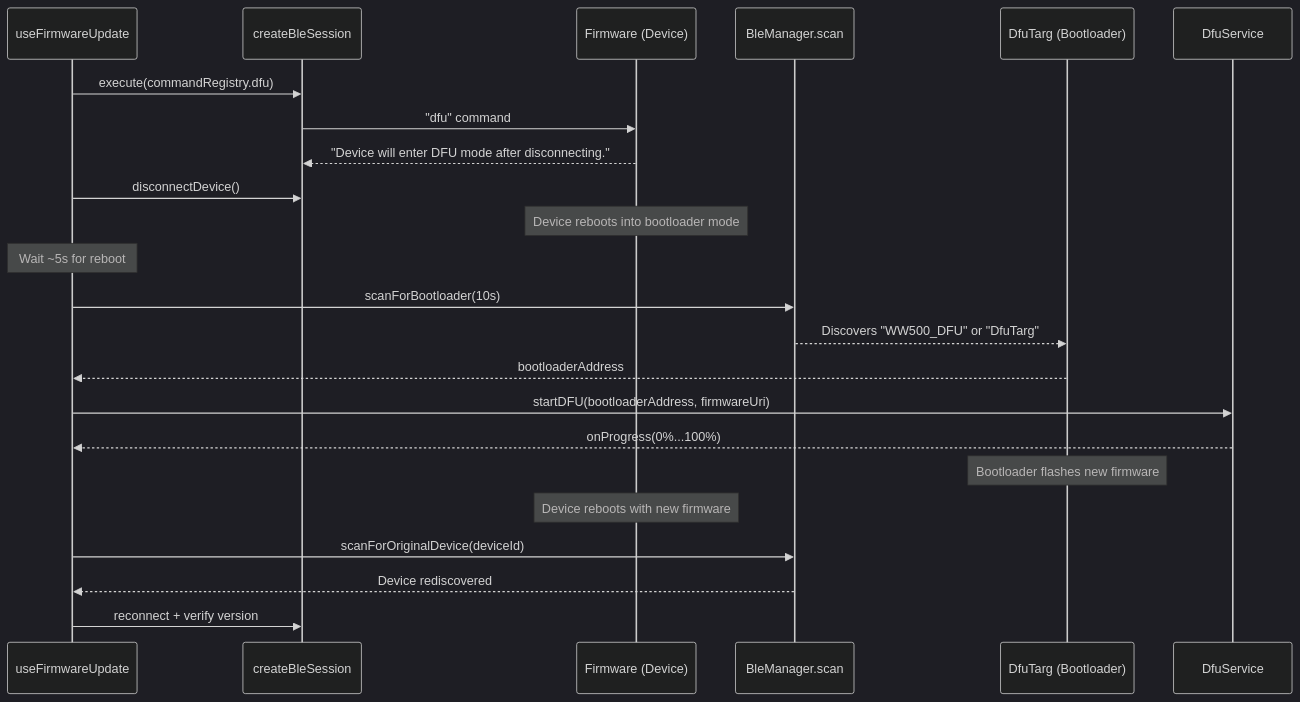
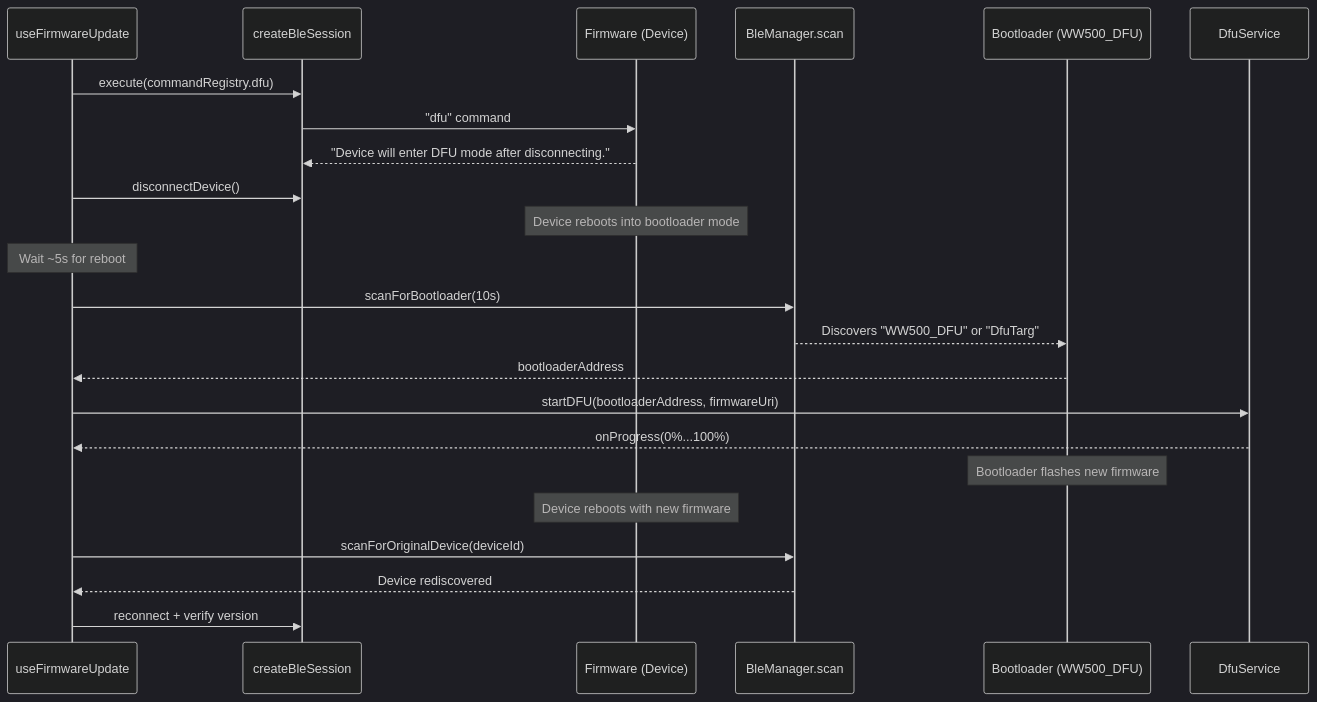
The fourth of 4 diagrams in documentation/resources/BLE_Architecture.md (wildlifeai/ww-mobile-app), drawn with Mermaid (dark theme) before and after one commit. The commit also changed other lines of this file and 5 other files, not shown here.

First line of the commit message:
docs: the DFU rescue, the WW500_DFU bootloader and the Bluetooth file option

````diff
--- a/documentation/resources/BLE_Architecture.md
+++ b/documentation/resources/BLE_Architecture.md
@@ -566,29 +566,29 @@
 ```mermaid
 sequenceDiagram
     participant UI as useFirmwareUpdate
     participant Sess as createBleSession
     participant FW as Firmware (Device)
     participant Scan as BleManager.scan
-    participant Boot as DfuTarg (Bootloader)
+    participant Boot as Bootloader (WW500_DFU)
     participant DFU as DfuService
 
     UI->>Sess: execute(commandRegistry.dfu)
     Sess->>FW: "dfu" command
     FW-->>Sess: "Device will enter DFU mode after disconnecting."
     UI->>Sess: disconnectDevice()
     Note over FW: Device reboots into bootloader mode
     Note over UI: Wait ~5s for reboot
 
     UI->>Scan: scanForBootloader(10s)
     Scan-->>Boot: Discovers "WW500_DFU" or "DfuTarg"
     Boot-->>UI: bootloaderAddress
 
     UI->>DFU: startDFU(bootloaderAddress, firmwareUri)
     DFU-->>UI: onProgress(0%...100%)
     Note over Boot: Bootloader flashes new firmware
 
     Note over FW: Device reboots with new firmware
     UI->>Scan: scanForOriginalDevice(deviceId)
     Scan-->>UI: Device rediscovered
     UI->>Sess: reconnect + verify version
 ```
````
